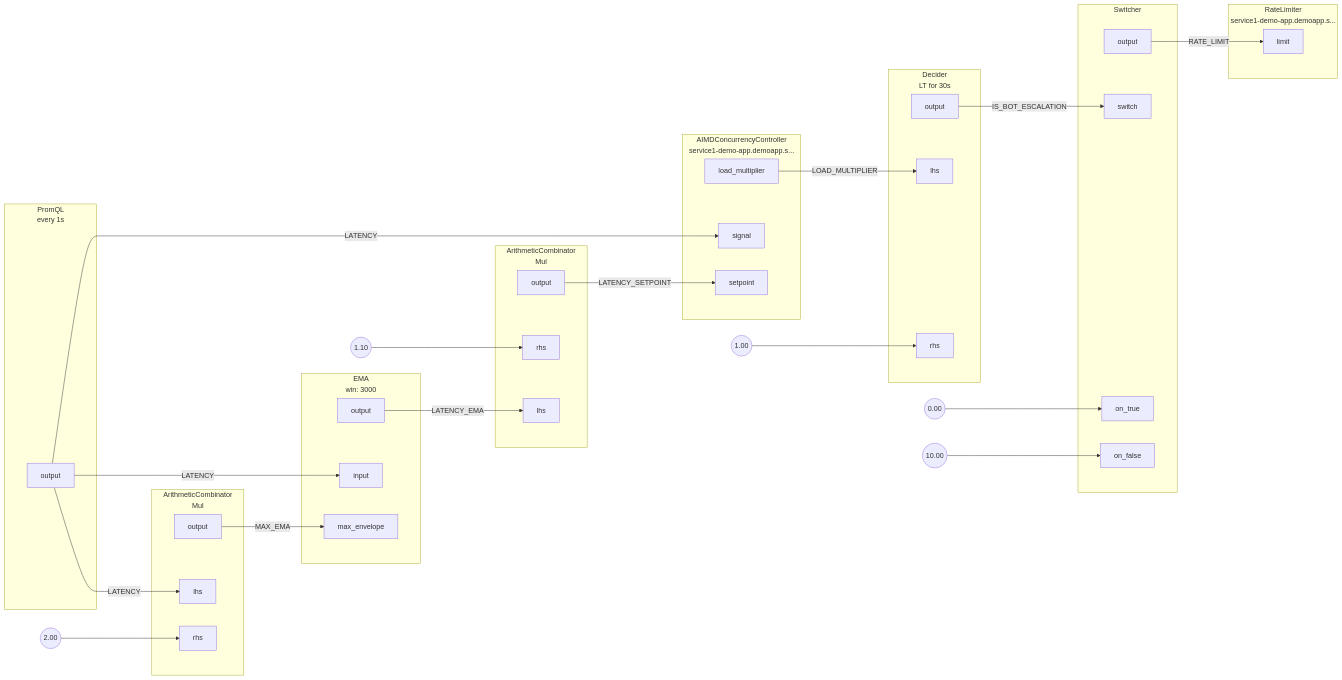
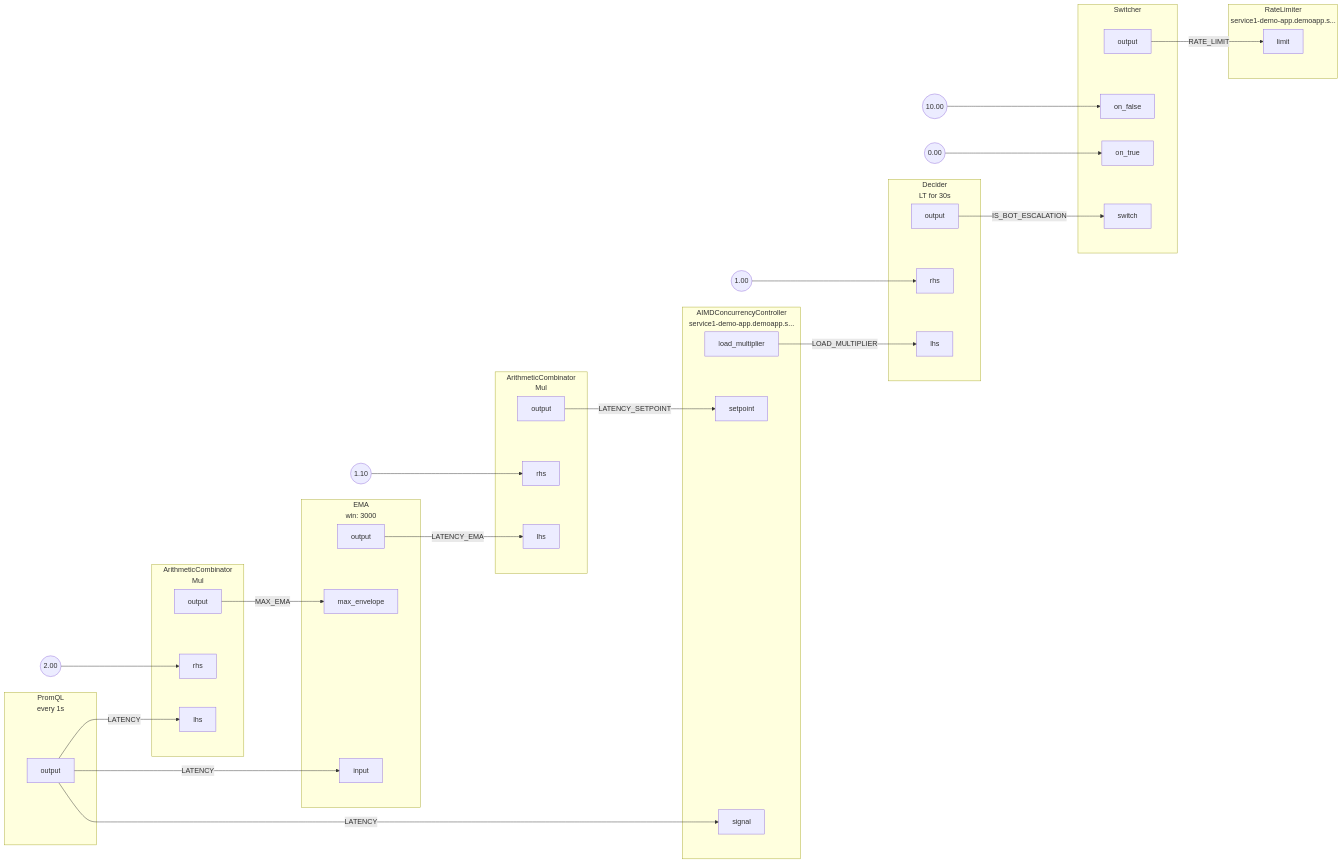
One commit to fluxninja/aperture changed the diagram in docs/content/tutorials/integrations/flow-control/rate-limiting/assets/dynamic-rate-limiting/dynamic-rate-limiting.mmd. Above: the diagram before and after it, drawn with Mermaid. The commit also changed 21 other files, not shown here.

```diff
--- a/docs/content/tutorials/integrations/flow-control/rate-limiting/assets/dynamic-rate-limiting/dynamic-rate-limiting.mmd
+++ b/docs/content/tutorials/integrations/flow-control/rate-limiting/assets/dynamic-rate-limiting/dynamic-rate-limiting.mmd
@@ -1,99 +1,99 @@
 flowchart LR
 subgraph root.0[<center>PromQL<br/>every 1s</center>]
 subgraph root.0_outports[ ]
 style root.0_outports fill:none,stroke:none
 root.0output[output]
 end
 end
 FakeConstant0((2.00))
 FakeConstant0 --> root.1rhs
 subgraph root.1[<center>ArithmeticCombinator<br/>Mul</center>]
 subgraph root.1_inports[ ]
 style root.1_inports fill:none,stroke:none
 root.1lhs[lhs]
 root.1rhs[rhs]
 end
 subgraph root.1_outports[ ]
 style root.1_outports fill:none,stroke:none
 root.1output[output]
 end
 end
 FakeConstant1((1.10))
 FakeConstant1 --> root.2rhs
 subgraph root.2[<center>ArithmeticCombinator<br/>Mul</center>]
 subgraph root.2_inports[ ]
 style root.2_inports fill:none,stroke:none
 root.2lhs[lhs]
 root.2rhs[rhs]
 end
 subgraph root.2_outports[ ]
 style root.2_outports fill:none,stroke:none
 root.2output[output]
 end
 end
 subgraph root.3[<center>EMA<br/>win: 3000</center>]
 subgraph root.3_inports[ ]
 style root.3_inports fill:none,stroke:none
+root.3max_envelope[max_envelope]
 root.3input[input]
-root.3max_envelope[max_envelope]
 end
 subgraph root.3_outports[ ]
 style root.3_outports fill:none,stroke:none
 root.3output[output]
 end
 end
 subgraph root.4[<center>AIMDConcurrencyController<br/>service1-demo-app.demoapp.s...</center>]
 subgraph root.4_inports[ ]
 style root.4_inports fill:none,stroke:none
 root.4setpoint[setpoint]
 root.4signal[signal]
 end
 subgraph root.4_outports[ ]
 style root.4_outports fill:none,stroke:none
 root.4load_multiplier[load_multiplier]
 end
 end
 FakeConstant2((1.00))
 FakeConstant2 --> root.5rhs
 subgraph root.5[<center>Decider<br/>LT for 30s</center>]
 subgraph root.5_inports[ ]
 style root.5_inports fill:none,stroke:none
 root.5lhs[lhs]
 root.5rhs[rhs]
 end
 subgraph root.5_outports[ ]
 style root.5_outports fill:none,stroke:none
 root.5output[output]
 end
 end
-FakeConstant3((0.00))
-FakeConstant3 --> root.6on_true
-FakeConstant4((10.00))
-FakeConstant4 --> root.6on_false
+FakeConstant3((10.00))
+FakeConstant3 --> root.6on_false
+FakeConstant4((0.00))
+FakeConstant4 --> root.6on_true
 subgraph root.6[Switcher]
 subgraph root.6_inports[ ]
 style root.6_inports fill:none,stroke:none
-root.6on_true[on_true]
 root.6on_false[on_false]
 root.6switch[switch]
+root.6on_true[on_true]
 end
 subgraph root.6_outports[ ]
 style root.6_outports fill:none,stroke:none
 root.6output[output]
 end
 end
 subgraph root.7[<center>RateLimiter<br/>service1-demo-app.demoapp.s...</center>]
 subgraph root.7_inports[ ]
 style root.7_inports fill:none,stroke:none
 root.7limit[limit]
 end
 end
+root.3output --> |LATENCY_EMA| root.2lhs
+root.4load_multiplier --> |LOAD_MULTIPLIER| root.5lhs
 root.5output --> |IS_BOT_ESCALATION| root.6switch
 root.6output --> |RATE_LIMIT| root.7limit
 root.0output --> |LATENCY| root.1lhs
 root.0output --> |LATENCY| root.3input
 root.0output --> |LATENCY| root.4signal
 root.1output --> |MAX_EMA| root.3max_envelope
 root.2output --> |LATENCY_SETPOINT| root.4setpoint
-root.3output --> |LATENCY_EMA| root.2lhs
-root.4load_multiplier --> |LOAD_MULTIPLIER| root.5lhs
```
